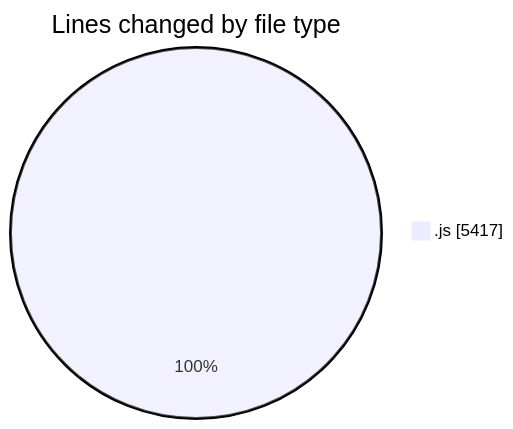
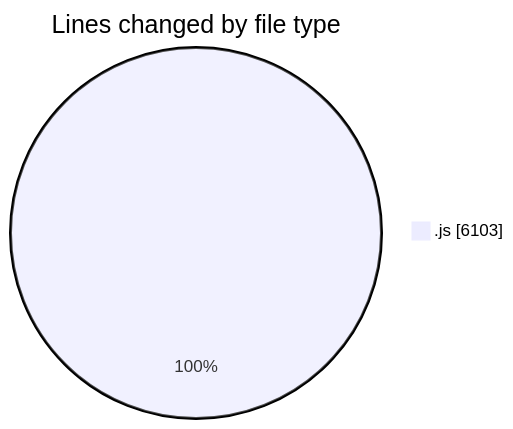
The first of 2 diagrams in 2025-09-02/nxtqube_webapp/README.md (nxtqubesakshisongat/code-tracking), drawn with Mermaid before and after one commit. The commit also changed other lines of this file and 1 other file, not shown here.

````diff
--- a/2025-09-02/nxtqube_webapp/README.md
+++ b/2025-09-02/nxtqube_webapp/README.md
@@ -20,5 +20,5 @@
 ```mermaid
 pie showData
 title Lines changed by file type
-".js" : 5417
+".js" : 6103
 ```
````
